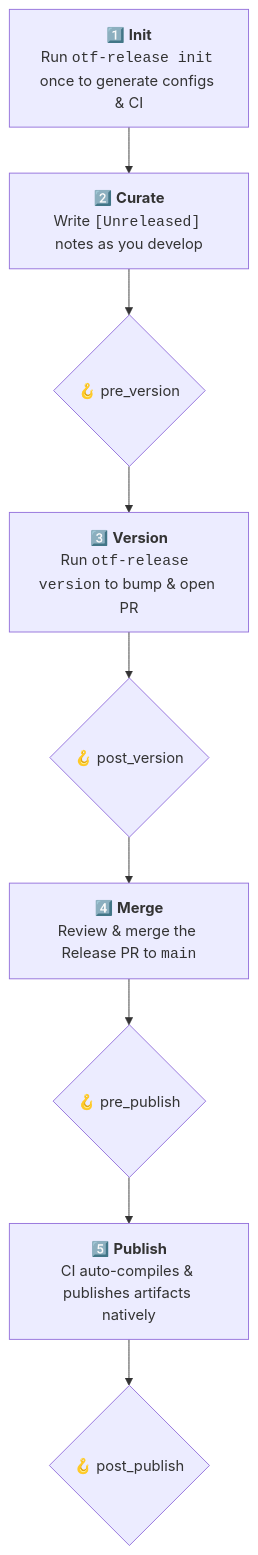
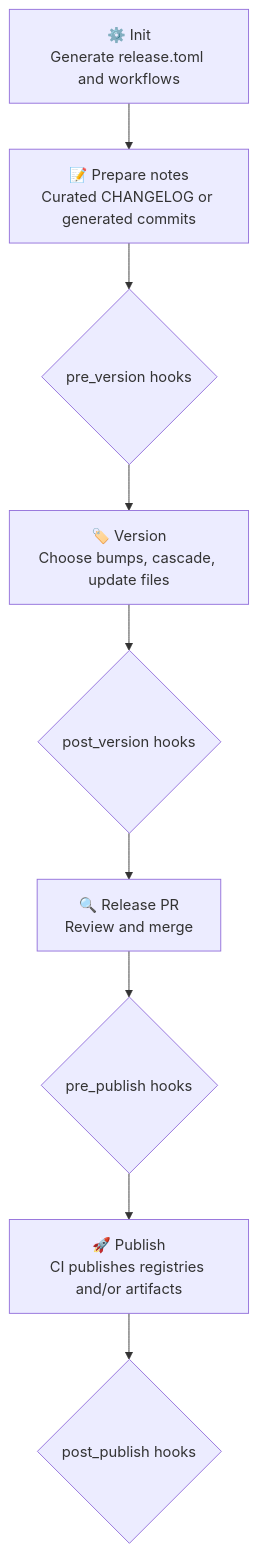
One commit to Open-Tech-Foundation/release changed the diagram in README.md. Above: the diagram before and after it, drawn with Mermaid. The commit also changed other lines of this file and 8 other files, not shown here.

````diff
--- a/README.md
+++ b/README.md
@@ -52,14 +79,14 @@
 ```mermaid
 flowchart TD
-    Init["1️⃣ <b>Init</b><br/>Run <code>otf-release init</code> once to generate configs & CI"]
-    Curate["2️⃣ <b>Curate</b><br/>Write <code>[Unreleased]</code> notes as you develop"]
-    PreVersion{"🪝 pre_version"}
-    Version["3️⃣ <b>Version</b><br/>Run <code>otf-release version</code> to bump & open PR"]
-    PostVersion{"🪝 post_version"}
-    Merge["4️⃣ <b>Merge</b><br/>Review & merge the Release PR to <code>main</code>"]
-    PrePublish{"🪝 pre_publish"}
-    Publish["5️⃣ <b>Publish</b><br/>CI auto-compiles & publishes artifacts natively"]
-    PostPublish{"🪝 post_publish"}
+    Init["⚙️ Init<br/>Generate release.toml and workflows"]
+    Curate["📝 Prepare notes<br/>Curated CHANGELOG or generated commits"]
+    PreVersion{"pre_version hooks"}
+    Version["🏷️ Version<br/>Choose bumps, cascade, update files"]
+    PostVersion{"post_version hooks"}
+    PR["🔍 Release PR<br/>Review and merge"]
+    PrePublish{"pre_publish hooks"}
+    Publish["🚀 Publish<br/>CI publishes registries and/or artifacts"]
+    PostPublish{"post_publish hooks"}
 
-    Init --> Curate --> PreVersion --> Version --> PostVersion --> Merge --> PrePublish --> Publish --> PostPublish
+    Init --> Curate --> PreVersion --> Version --> PostVersion --> PR --> PrePublish --> Publish --> PostPublish
 ```
````
